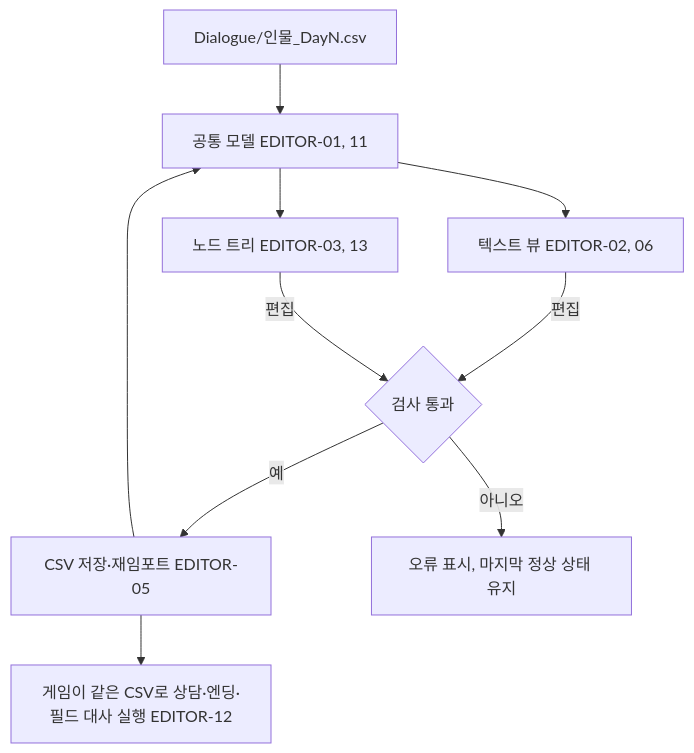
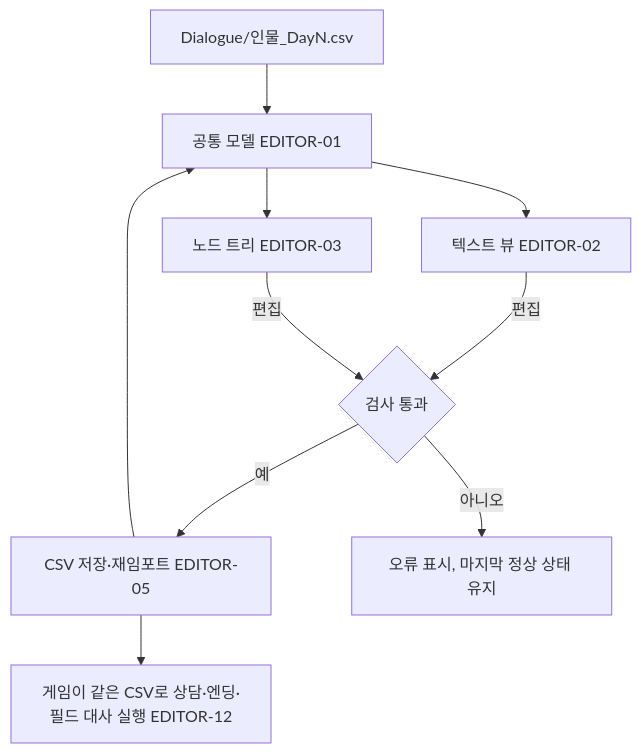
One commit to xpaklove12-lang/Corner1 changed the diagram in docs/specs/dialogue-editor.md. Above: the diagram before and after it, drawn with Mermaid. The commit also changed other lines of this file and 48 other files, not shown here.

````diff
--- a/docs/specs/dialogue-editor.md
+++ b/docs/specs/dialogue-editor.md
@@ -9,12 +9,12 @@
 ```mermaid
 flowchart TD
-    A["Dialogue/인물_DayN.csv"] --> B[공통 모델 EDITOR-01, 11]
-    B --> C[텍스트 뷰 EDITOR-02, 06]
-    B --> D[노드 트리 EDITOR-03, 13]
+    A["Dialogue/인물_DayN.csv"] --> B[공통 모델 EDITOR-01]
+    B --> C[텍스트 뷰 EDITOR-02]
+    B --> D[노드 트리 EDITOR-03]
     C -->|편집| E{검사 통과}
     D -->|편집| E
     E -->|예| F[CSV 저장·재임포트 EDITOR-05]
     E -->|아니오| G[오류 표시, 마지막 정상 상태 유지]
     F --> B
     F --> H[게임이 같은 CSV로 상담·엔딩·필드 대사 실행 EDITOR-12]
 ```
````
